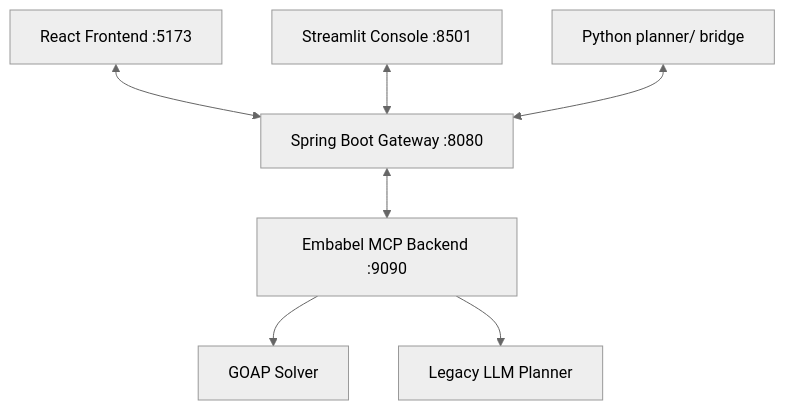
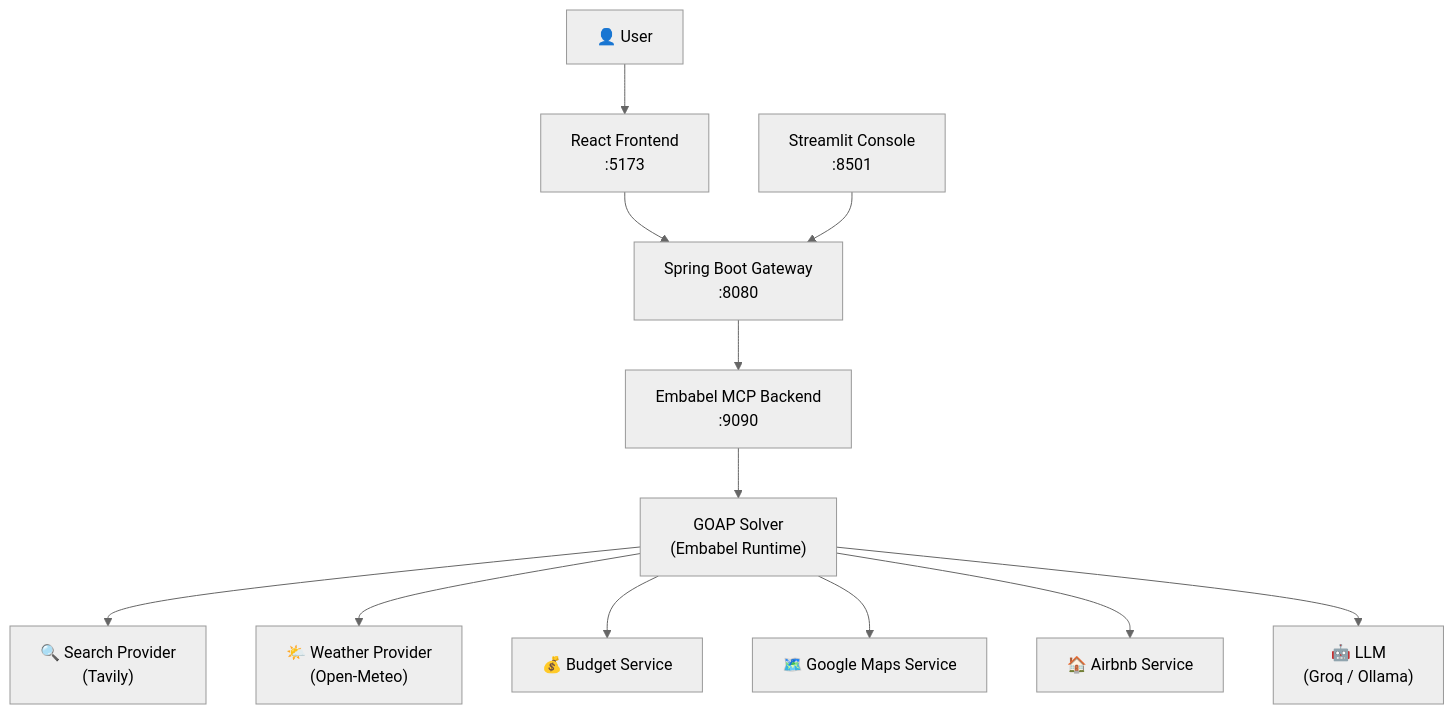
One commit to Aditya-Khetawat/llm-goap-planner changed the diagram in README.md. Above: the diagram before and after it, drawn with Mermaid (neutral theme). The commit also changed other lines of this file and 4 other files, not shown here.

````diff
--- a/README.md
+++ b/README.md
@@ -7,9 +44,14 @@
 ```mermaid
 graph TD
-    UI[React Frontend :5173] <--> Gateway[Spring Boot Gateway :8080]
-    Gateway <--> BE[Embabel MCP Backend :9090]
-    BE --> Solver[GOAP Solver]
-    BE --> Fallback[Legacy LLM Planner]
-    Console[Streamlit Console :8501] <--> Gateway
-    Planner[Python planner/ bridge] <--> Gateway
+    User["👤 User"] --> Frontend["React Frontend\n:5173"]
+    Frontend --> Gateway["Spring Boot Gateway\n:8080"]
+    Gateway --> Backend["Embabel MCP Backend\n:9090"]
+    Backend --> GOAP["GOAP Solver\n(Embabel Runtime)"]
+    GOAP --> Search["🔍 Search Provider\n(Tavily)"]
+    GOAP --> Weather["🌤️ Weather Provider\n(Open-Meteo)"]
+    GOAP --> Budget["💰 Budget Service"]
+    GOAP --> Maps["🗺️ Google Maps Service"]
+    GOAP --> Airbnb["🏠 Airbnb Service"]
+    GOAP --> LLM["🤖 LLM\n(Groq / Ollama)"]
+    DevConsole["Streamlit Console\n:8501"] --> Gateway
 ```
````
